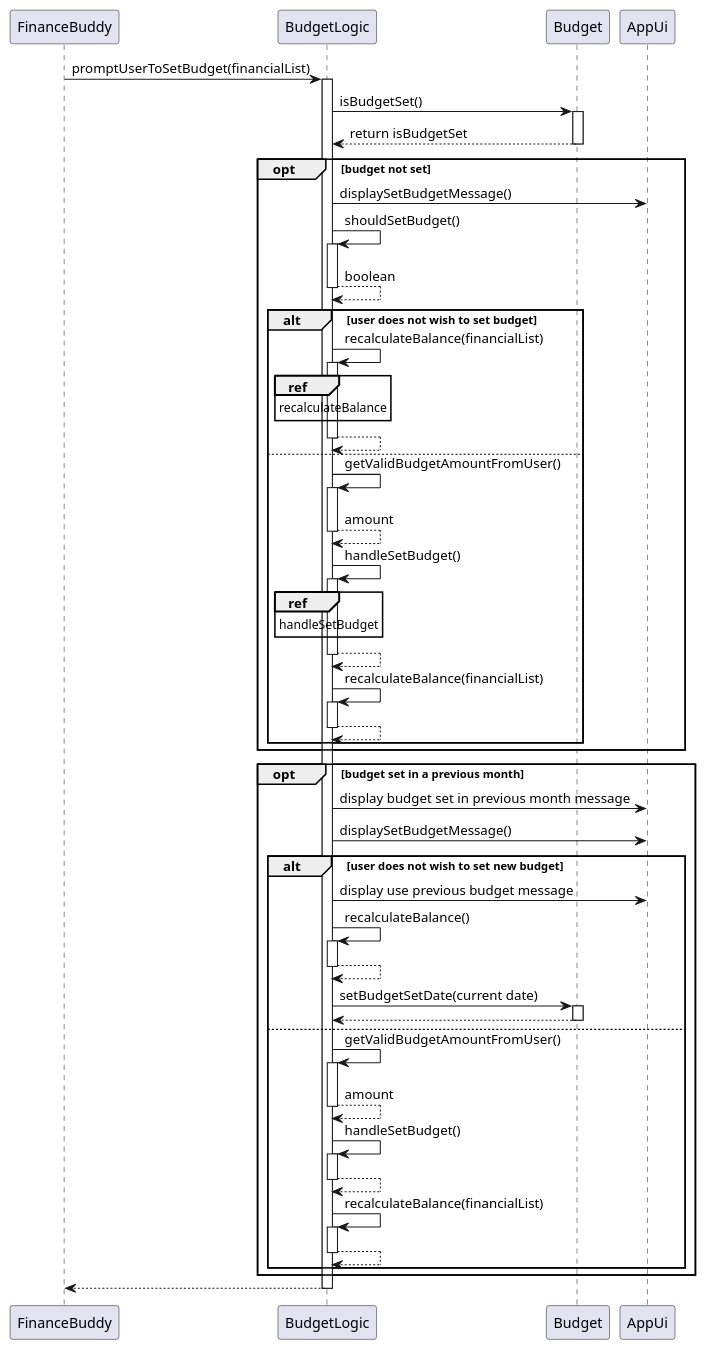
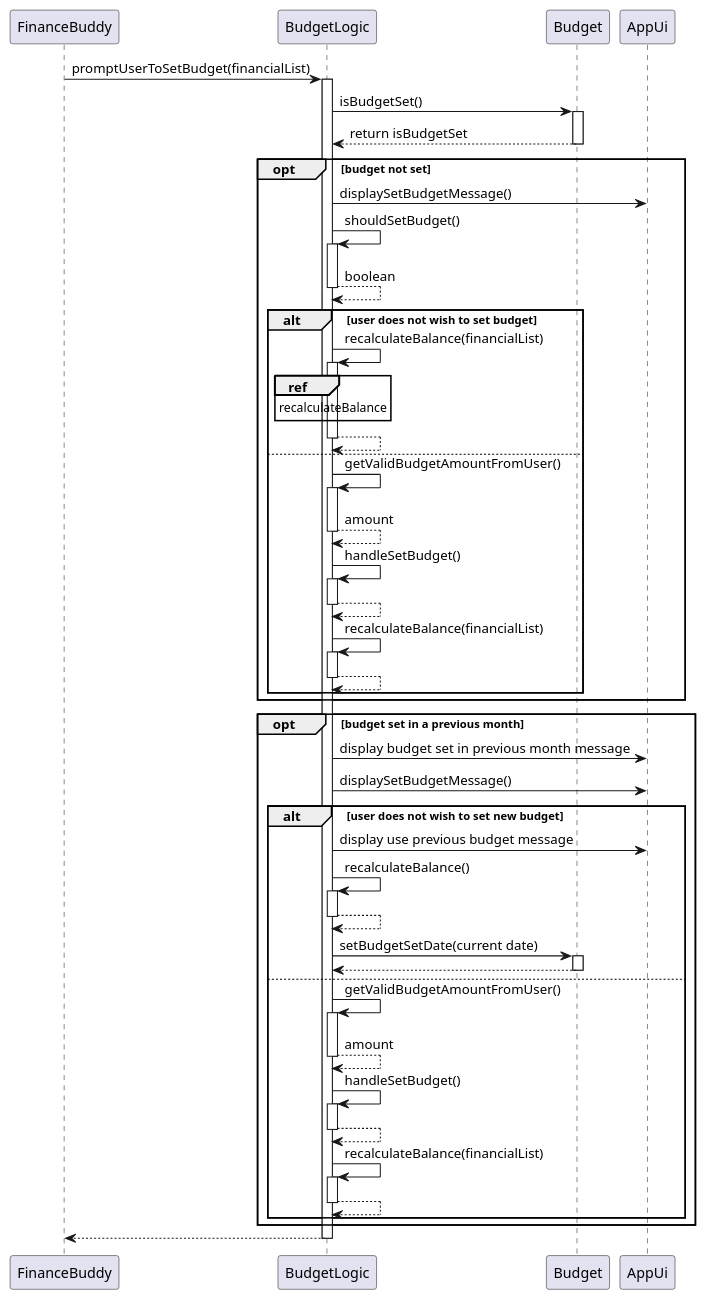
One commit to nus-cs2113-AY2425S1/tp changed the diagram in docs/UML/promptUserSetBudgetSequence.puml. Above: the diagram before and after it, drawn with PlantUML. The commit also changed 4 other files, not shown here.

```diff
--- a/docs/UML/promptUserSetBudgetSequence.puml
+++ b/docs/UML/promptUserSetBudgetSequence.puml
@@ -1,67 +1,64 @@
 @startuml
 
 participant FinanceBuddy
 participant BudgetLogic
 participant Budget
 participant AppUi
 
 FinanceBuddy -> BudgetLogic: promptUserToSetBudget(financialList)
 activate BudgetLogic
 BudgetLogic -> Budget: isBudgetSet()
 activate Budget
 Budget --> BudgetLogic: return isBudgetSet
 deactivate Budget
 
 opt budget not set
     BudgetLogic -> AppUi: displaySetBudgetMessage()
     BudgetLogic -> BudgetLogic: shouldSetBudget()
     activate BudgetLogic
     return boolean
     alt user does not wish to set budget
         BudgetLogic -> BudgetLogic: recalculateBalance(financialList)
         activate BudgetLogic
         ref over BudgetLogic
         recalculateBalance
         end
         return
     else
         BudgetLogic -> BudgetLogic: getValidBudgetAmountFromUser()
         activate BudgetLogic
         return amount
         BudgetLogic -> BudgetLogic: handleSetBudget()
         activate BudgetLogic
-        ref over BudgetLogic
-        handleSetBudget
-        end
         return
         BudgetLogic -> BudgetLogic: recalculateBalance(financialList)
         activate BudgetLogic
         return
     end
 end
 opt budget set in a previous month
     BudgetLogic -> AppUi: display budget set in previous month message
     BudgetLogic -> AppUi: displaySetBudgetMessage()
     alt user does not wish to set new budget
         BudgetLogic -> AppUi: display use previous budget message
         BudgetLogic -> BudgetLogic: recalculateBalance()
         activate BudgetLogic
         return
         BudgetLogic -> Budget: setBudgetSetDate(current date)
         activate Budget
         return
     else
         BudgetLogic -> BudgetLogic: getValidBudgetAmountFromUser()
         activate BudgetLogic
         return amount
         BudgetLogic -> BudgetLogic: handleSetBudget()
         activate BudgetLogic
         return
         BudgetLogic -> BudgetLogic: recalculateBalance(financialList)
         activate BudgetLogic
         return
     end
 end
 
 return
 @enduml
```
